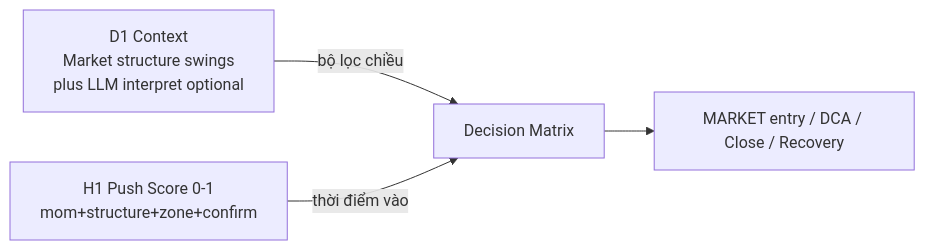
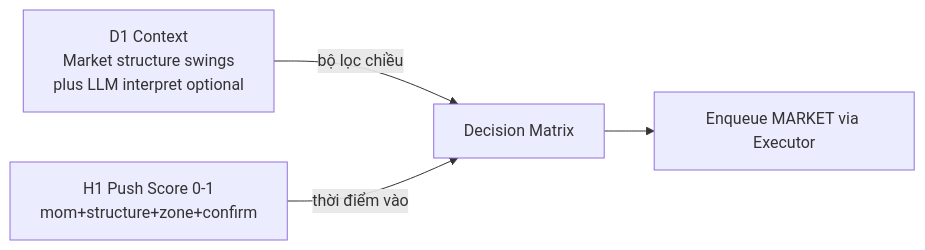
The diagram in doc/doc_phuong_phap/01-system-overview.md (nguyenhongdat09/doctradingagent2agent), drawn with Mermaid before and after one commit. The commit also changed other lines of this file and 48 other files, not shown here.

````diff
--- a/doc/doc_phuong_phap/01-system-overview.md
+++ b/doc/doc_phuong_phap/01-system-overview.md
@@ -14,6 +15,6 @@
 ```mermaid
 flowchart LR
   D1ctx["D1 Context\nMarket structure swings\nplus LLM interpret optional"] -->|"bộ lọc chiều"| Matrix["Decision Matrix"]
   H1sig["H1 Push Score 0-1\nmom+structure+zone+confirm"] -->|"thời điểm vào"| Matrix
-  Matrix --> Action["MARKET entry / DCA / Close / Recovery"]
+  Matrix --> Action["Enqueue MARKET via Executor"]
 ```
````
